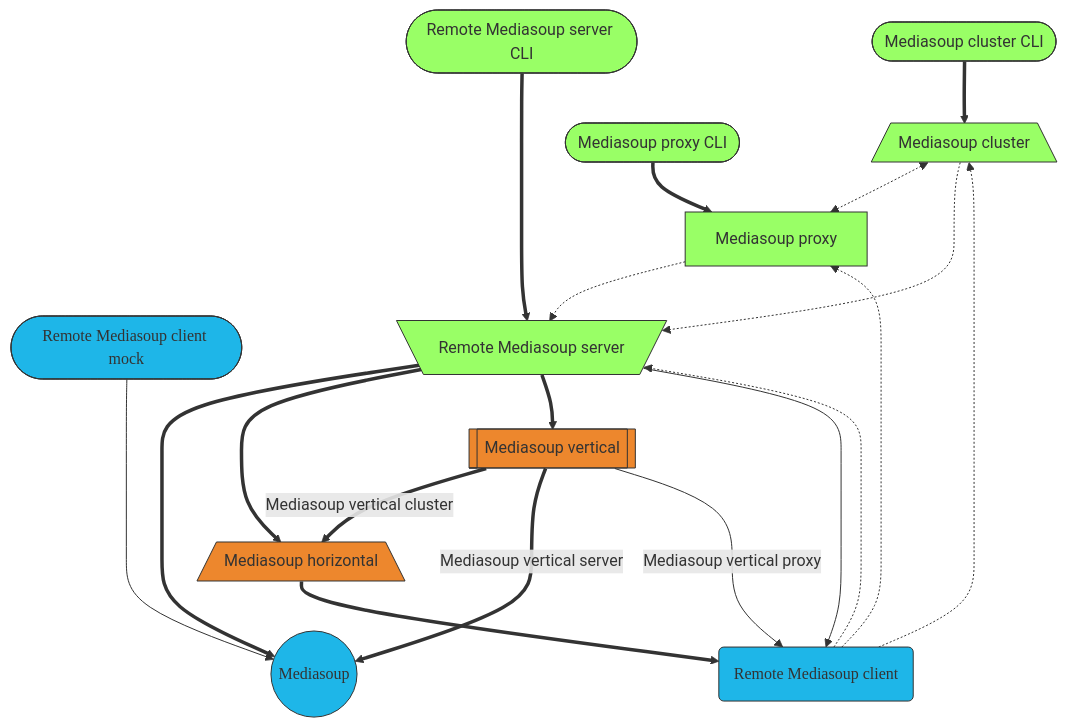
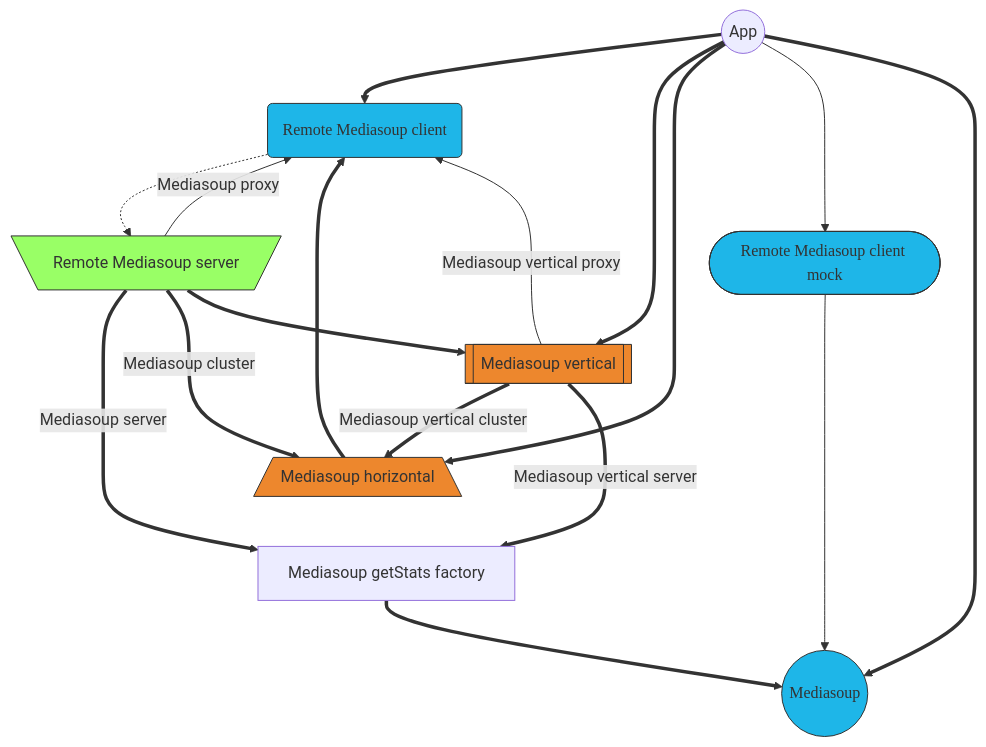
One commit to Mafalda-SFU/Mafalda-SFU.github.io changed the first of 7 diagrams in docs/_pages/projects.md. Above: the diagram before and after it, drawn with Mermaid. The commit also changed other lines of this file and 3 other files, not shown here.

````diff
--- a/docs/_pages/projects.md
+++ b/docs/_pages/projects.md
@@ -12,69 +13,51 @@
 ```mermaid
 graph TD
+  app((App))
   mediasoup((Mediasoup))
-  mediasoupCluster[/Mediasoup cluster\]
-  mediasoupClusterCLI([Mediasoup cluster CLI])
-  mediasoupProxy[Mediasoup proxy]
-  mediasoupProxyCLI([Mediasoup proxy CLI])
+
   mediasoupHorizontal[/Mediasoup horizontal\]
   mediasoupVertical[[Mediasoup vertical]]
   remoteMediasoupClient(Remote Mediasoup client)
   remoteMediasoupClientMock([Remote Mediasoup client mock])
   remoteMediasoupServer[\Remote Mediasoup server/]
-  remoteMediasoupServerCLI([Remote Mediasoup server CLI])
 
+  mediasoupGetStatsFactory[Mediasoup getStats factory]
 
-  mediasoupCluster <-.-> mediasoupProxy
+  app ==> remoteMediasoupClient
+  app ==> mediasoupVertical
+  app ==> mediasoupHorizontal
+  app --> remoteMediasoupClientMock
+  app ==> mediasoup
 
-  %% mediasoupCluster -.-> mediasoupCluster
-  mediasoupCluster -.-> remoteMediasoupServer
-
-  %% mediasoupProxy -.-> mediasoupProxy
-  mediasoupProxy -.-> remoteMediasoupServer
-
-  mediasoupClusterCLI ==> mediasoupCluster
-
-  mediasoupProxyCLI ==> mediasoupProxy
+  mediasoupVertical ==Mediasoup vertical cluster==> mediasoupHorizontal
+  mediasoupVertical ==Mediasoup vertical server===> mediasoupGetStatsFactory
+  mediasoupVertical --Mediasoup vertical proxy  --> remoteMediasoupClient
 
   mediasoupHorizontal ==> remoteMediasoupClient
 
-  mediasoupVertical ==Mediasoup vertical cluster==>  mediasoupHorizontal
-  mediasoupVertical ==Mediasoup vertical server ===> mediasoup
-  mediasoupVertical --Mediasoup vertical proxy  -->  remoteMediasoupClient
+  remoteMediasoupClient -.-> remoteMediasoupServer
+  remoteMediasoupClientMock -----> mediasoup
 
-  remoteMediasoupClient -.-> mediasoupCluster
-  remoteMediasoupClient -.-> mediasoupProxy
-  remoteMediasoupClient -.-> remoteMediasoupServer
+  remoteMediasoupServer --Mediasoup proxy--> remoteMediasoupClient
+  remoteMediasoupServer ==Mediasoup server==> mediasoupGetStatsFactory
+  remoteMediasoupServer ==Mediasoup cluster==> mediasoupHorizontal
+  remoteMediasoupServer ==> mediasoupVertical
 
-  remoteMediasoupClientMock ----> mediasoup
-
-  remoteMediasoupServer ==> mediasoup
-  remoteMediasoupServer ==> mediasoupHorizontal
-  remoteMediasoupServer ==> mediasoupVertical
-  remoteMediasoupServer --> remoteMediasoupClient
-
-  remoteMediasoupServerCLI ====> remoteMediasoupServer
+  mediasoupGetStatsFactory ==> mediasoup
 
 
   classDef mafaldaApi         fill:#ED872D,stroke:#333
   classDef mediasoupAPI       fill:#1eb6e8,stroke:#333,font-family:PoiretOne
   classDef remoteMediasoupAPI fill:#9f6,stroke:#333
 
   class mediasoup,remoteMediasoupClient,remoteMediasoupClientMock mediasoupAPI
   class mediasoupHorizontal,mediasoupVertical mafaldaApi
-  class mediasoupCluster,mediasoupClusterCLI remoteMediasoupAPI
-  class mediasoupProxy,mediasoupProxyCLI remoteMediasoupAPI
-  class remoteMediasoupServer,remoteMediasoupServerCLI remoteMediasoupAPI
+  class remoteMediasoupServer remoteMediasoupAPI
 
   click mediasoup "https://mediasoup.org/"
-  click mediasoupCluster "/Mediasoup-cluster"
-  click mediasoupClusterCLI "/Mediasoup-cluster-CLI"
-  click mediasoupProxy "/Mediasoup-proxy"
-  click mediasoupProxyCLI "/Mediasoup-proxy-CLI"
   click mediasoupHorizontal "/Mediasoup-horizontal"
   click mediasoupVertical "/Mediasoup-vertical"
   click remoteMediasoupClient "/Remote-Mediasoup-client"
   click remoteMediasoupClientMock "/Remote-Mediasoup-client-mock"
   click remoteMediasoupServer "/Remote-Mediasoup-server"
-  click remoteMediasoupServerCLI "/Remote-Mediasoup-server-CLI"
 ```
````
